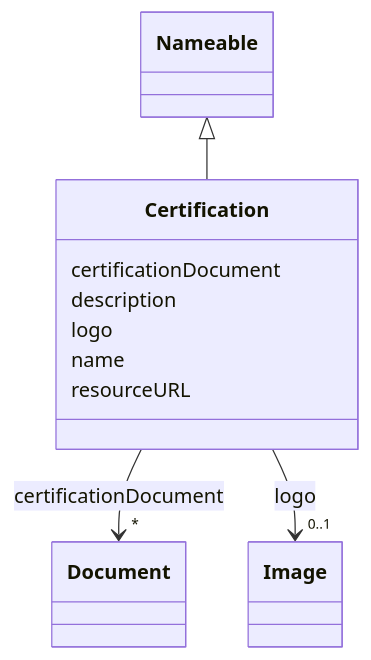
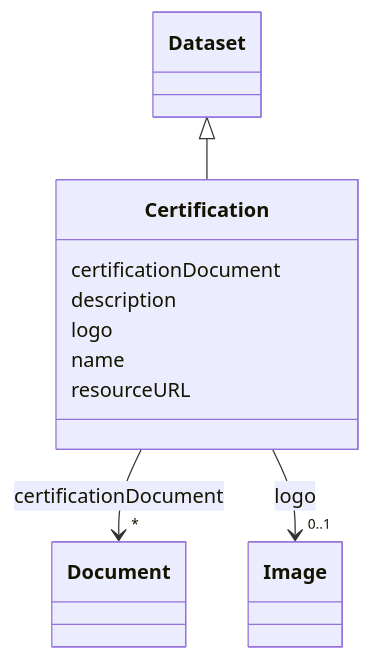
One commit to EVORA-project/evora-ontology changed the diagram in models/docs/Certification.md. Above: the diagram before and after it, drawn with Mermaid. The commit also changed other lines of this file and 462 other files, not shown here.

````diff
--- a/models/docs/Certification.md
+++ b/models/docs/Certification.md
@@ -19,33 +19,33 @@
 ```mermaid
  classDiagram
     class Certification
     click Certification href "../Certification"
-      Nameable <|-- Certification
-        click Nameable href "../Nameable"
+      Dataset <|-- Certification
+        click Dataset href "../Dataset"
       
       Certification : certificationDocument
         
           
     
     
     Certification --> "*" Document : certificationDocument
     click Document href "../Document"
 
         
       Certification : description
         
       Certification : logo
         
           
     
     
     Certification --> "0..1" Image : logo
     click Image href "../Image"
 
         
       Certification : name
         
       Certification : resourceURL
         
       
 ```
````
